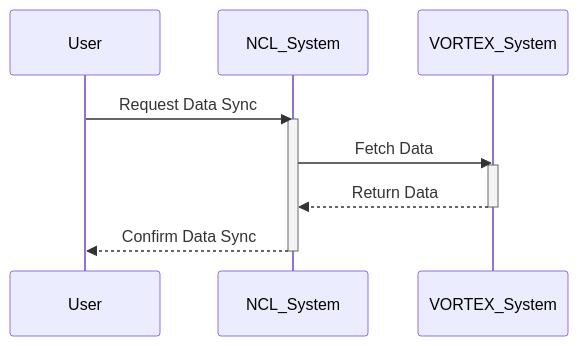
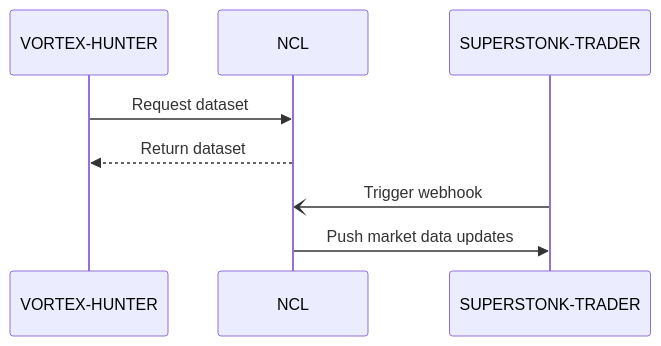
One commit to ResonanceEnergy/NCL changed the second of 2 diagrams in repos/NCL/docs/INTEGRATION_DESIGN.md. Above: the diagram before and after it, drawn with Mermaid. The commit also changed other lines of this file, not shown here.

Commit message:
[OPTIMUS] integration_design: NCL

````diff
--- a/repos/NCL/docs/INTEGRATION_DESIGN.md
+++ b/repos/NCL/docs/INTEGRATION_DESIGN.md
@@ -92,15 +94,11 @@
 ```mermaid
 sequenceDiagram
-    participant User
-    participant NCL_System
-    participant VORTEX_System
+    participant V as VORTEX-HUNTER
+    participant N as NCL
+    participant S as SUPERSTONK-TRADER
 
-    User->>NCL_System: Request Data Sync
-    activate NCL_System
-    NCL_System->>VORTEX_System: Fetch Data
-    activate VORTEX_System
-    VORTEX_System-->>NCL_System: Return Data
-    deactivate VORTEX_System
-    NCL_System-->>User: Confirm Data Sync
-    deactivate NCL_System
+    V->>N: Request dataset
+    N-->>V: Return dataset
+    S-)N: Trigger webhook
+    N->>S: Push market data updates
 ```
````
